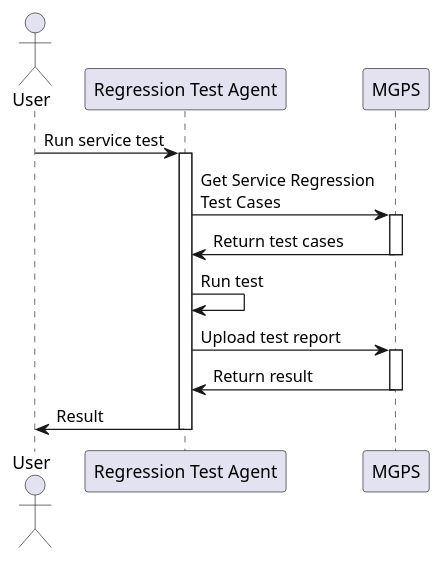
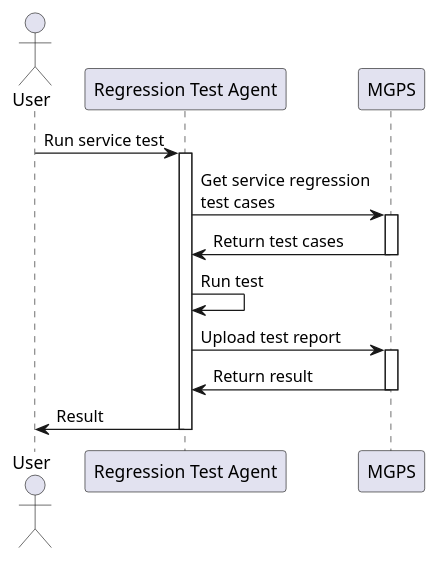
The diagram in diagram/sequence/testReport.puml (b4456609/mgp-back), drawn with PlantUML before and after one commit. The commit also changed 5 other files, not shown here.

Commit message:
change diagram to lower case

```diff
--- a/diagram/sequence/testReport.puml
+++ b/diagram/sequence/testReport.puml
@@ -1,17 +1,17 @@
 @startuml
 actor User
 participant "Regression Test Agent" as msta
 User -> msta: Run service test
 activate msta
-msta -> MGPS: Get Service Regression\nTest Cases
+msta -> MGPS: Get service regression\ntest cases
 activate MGPS
 msta <- MGPS: Return test cases
 deactivate MGPS
 msta -> msta: Run test
 msta -> MGPS: Upload test report
 activate MGPS
 msta <- MGPS: Return result
 deactivate MGPS
 User <- msta: Result
 deactivate msta
 @enduml
```
